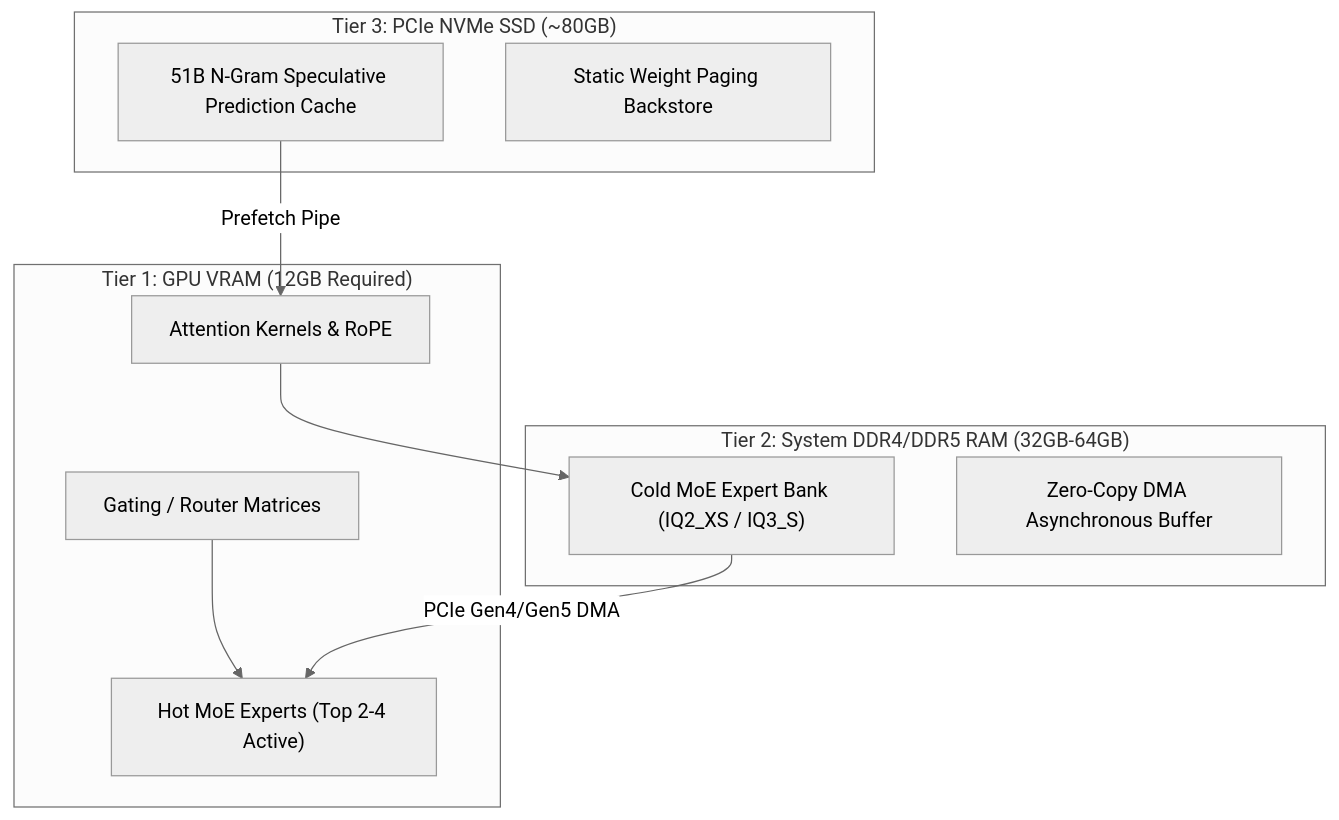
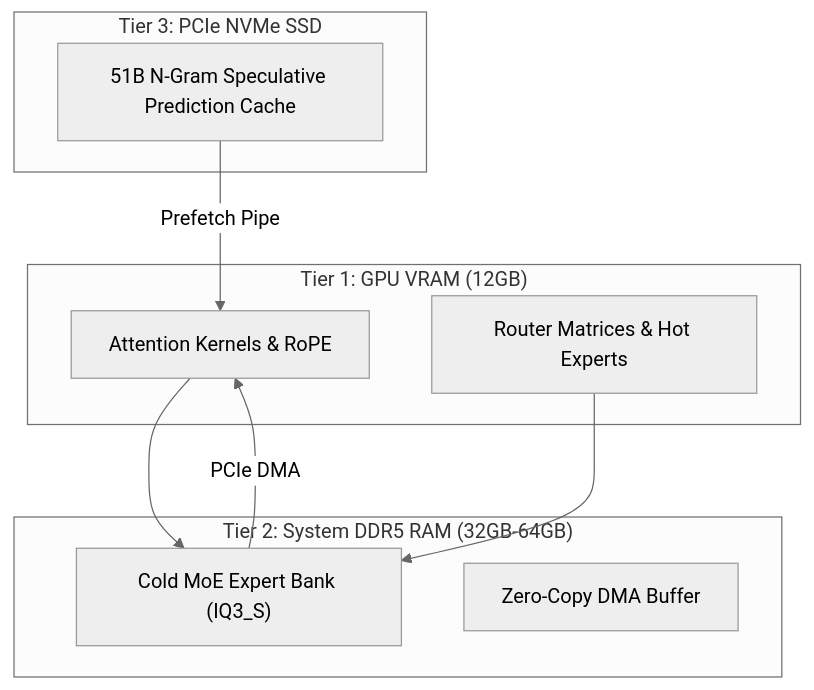
One commit to bshx2024/apivel_blog changed the diagram in src/content/blog/strata-qwen-setup-benchmarks.md. Above: the diagram before and after it, drawn with Mermaid (neutral theme). The commit also changed other lines of this file and 1 other file, not shown here.

````diff
--- a/src/content/blog/strata-qwen-setup-benchmarks.md
+++ b/src/content/blog/strata-qwen-setup-benchmarks.md
@@ -106,20 +106,18 @@
 ```mermaid
 graph TD
-    subgraph "Tier 1: GPU VRAM (12GB Required)"
+    subgraph "Tier 1: GPU VRAM (12GB)"
         A["Attention Kernels & RoPE"]
-        B["Gating / Router Matrices"]
-        C["Hot MoE Experts (Top 2-4 Active)"]
+        B["Router Matrices & Hot Experts"]
     end
-    subgraph "Tier 2: System DDR4/DDR5 RAM (32GB-64GB)"
-        D["Cold MoE Expert Bank (IQ2_XS / IQ3_S)"]
-        E["Zero-Copy DMA Asynchronous Buffer"]
+    subgraph "Tier 2: System DDR5 RAM (32GB-64GB)"
+        C["Cold MoE Expert Bank (IQ3_S)"]
+        D["Zero-Copy DMA Buffer"]
     end
-    subgraph "Tier 3: PCIe NVMe SSD (~80GB)"
-        F["51B N-Gram Speculative Prediction Cache"]
-        G["Static Weight Paging Backstore"]
+    subgraph "Tier 3: PCIe NVMe SSD"
+        E["51B N-Gram Speculative Prediction Cache"]
     end
-    A --> D
+    A --> C
     B --> C
-    D -->|PCIe Gen4/Gen5 DMA| C
-    F -->|Prefetch Pipe| A
+    C -->|PCIe DMA| A
+    E -->|Prefetch Pipe| A
 ```
````
